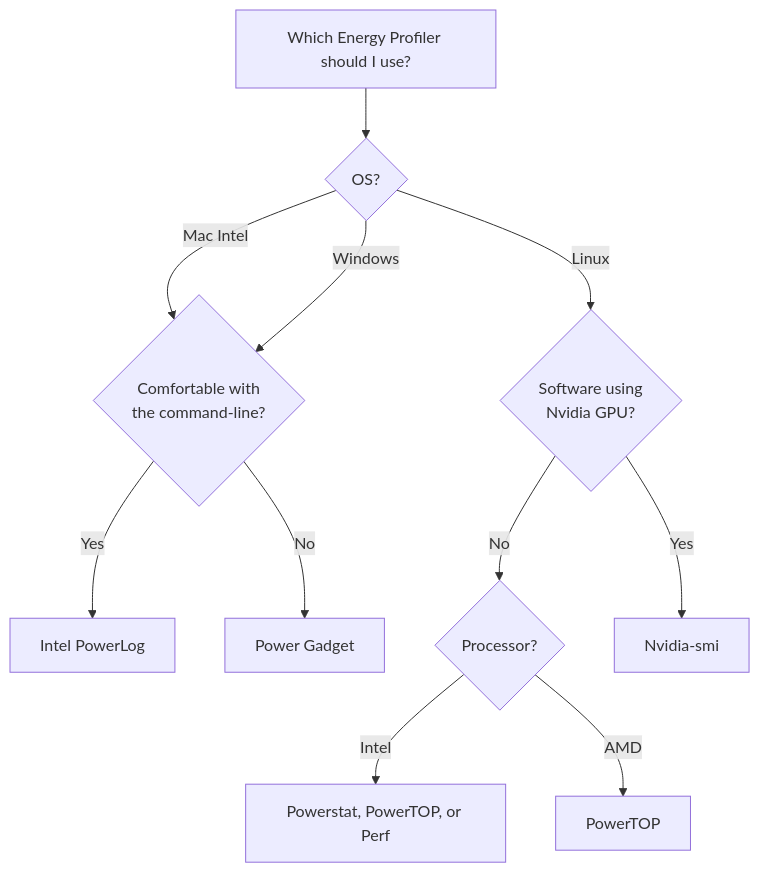
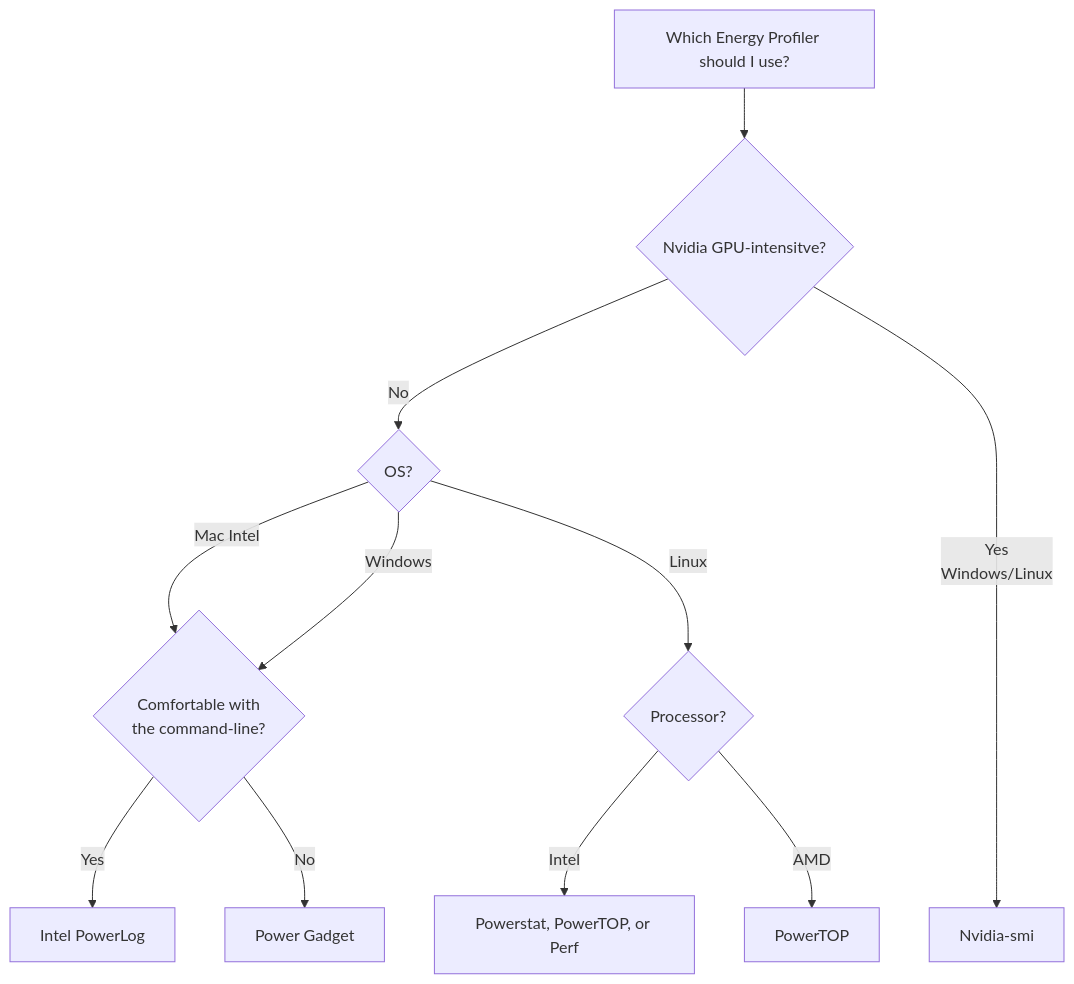
One commit to luiscruz/luiscruz.github.io changed the diagram in _posts/2021-07-20-measuring-energy.md. Above: the diagram before and after it, drawn with Mermaid.

Commit message:
update measuring-energy graph

```diff
--- a/_posts/2021-07-20-measuring-energy.md
+++ b/_posts/2021-07-20-measuring-energy.md
@@ -356,13 +356,14 @@
 <div class="mermaid">
 graph TD
-A[Which Energy Profiler should I use?] --> C{OS?}
+A[Which Energy Profiler should I use?] --> CA
+CA{Nvidia GPU-intensitve?}
 C -->|Mac Intel| D{Comfortable with<br/> the command-line?}
 D -->|Yes| DY[Intel PowerLog]
 D -->|No| DN[Power Gadget]
-C -->|Linux| CA{Software using<br/> Nvidia GPU?}
-CA -->|No| E{Processor?}
+C -->|Linux| E{Processor?}
+CA -->|No| C{OS?}
 E -->|Intel| F[Powerstat, PowerTOP, or Perf]
 E -->|AMD| PowerTOP
-CA -->|Yes| Nvidia-smi
+CA ---->|Yes<br/> Windows/Linux| Nvidia-smi
 C -->|Windows| D
 </div>
```
